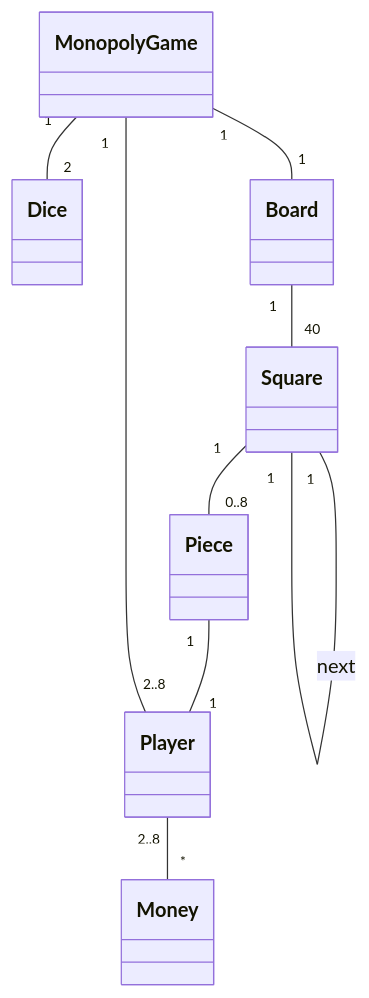
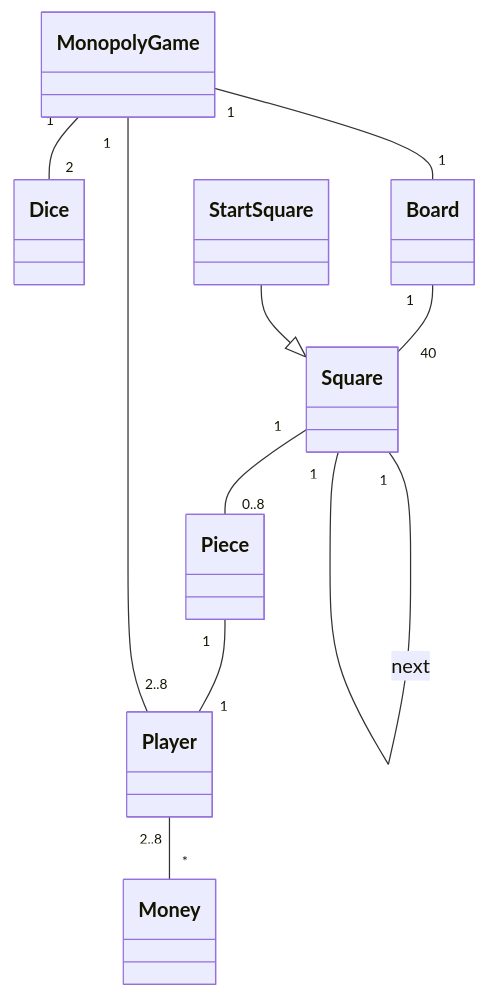
The diagram in laskarit/viikko3/monopoly.md (SouperSalamander/ot-harjoitustyo), drawn with Mermaid before and after one commit.

Commit message:
Update monopoly.md
idk

````diff
--- a/laskarit/viikko3/monopoly.md
+++ b/laskarit/viikko3/monopoly.md
@@ -1,11 +1,12 @@
 ```mermaid
  classDiagram
     MonopolyGame "1" -- "2" Dice
     MonopolyGame "1" -- "1" Board
     Board "1" -- "40" Square
     Square "1" -- "1" Square : next
+    StartSquare --|> Square
     Square "1" -- "0..8" Piece
     Piece "1" -- "1" Player
     Player "2..8" -- "1" MonopolyGame
     Player "2..8" -- "*" Money
 ```
````
